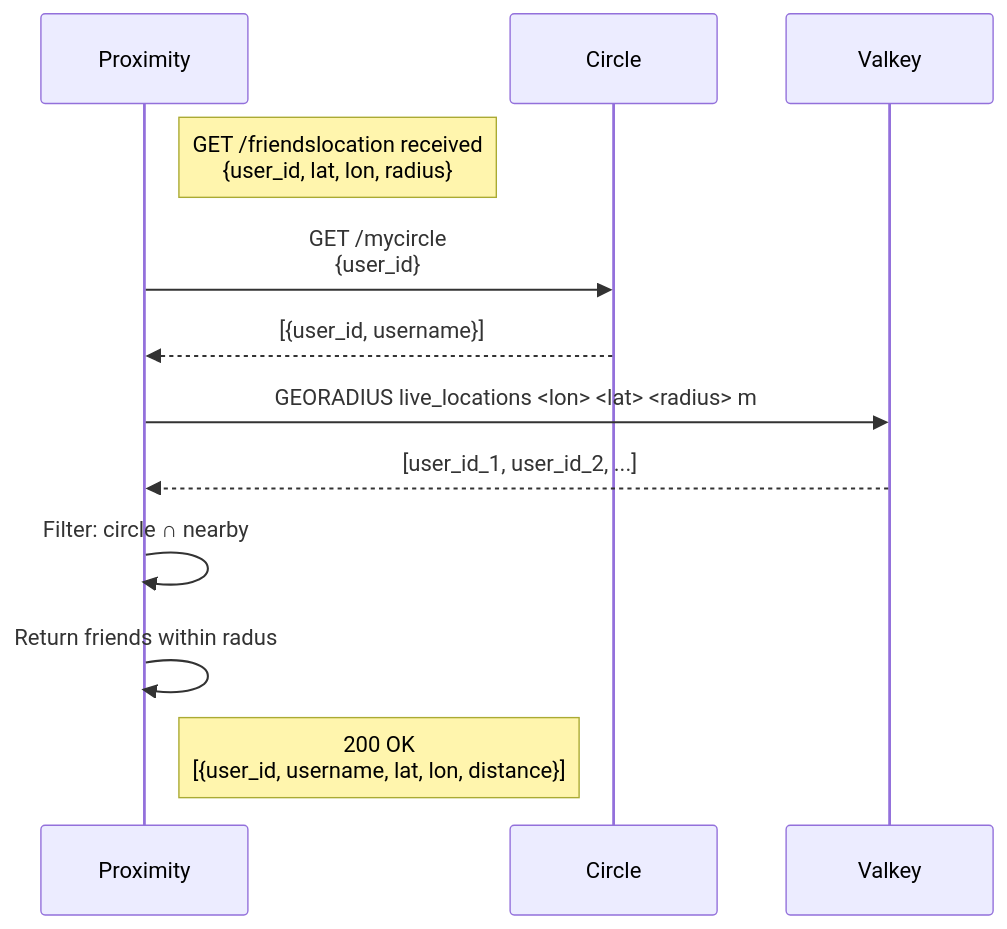
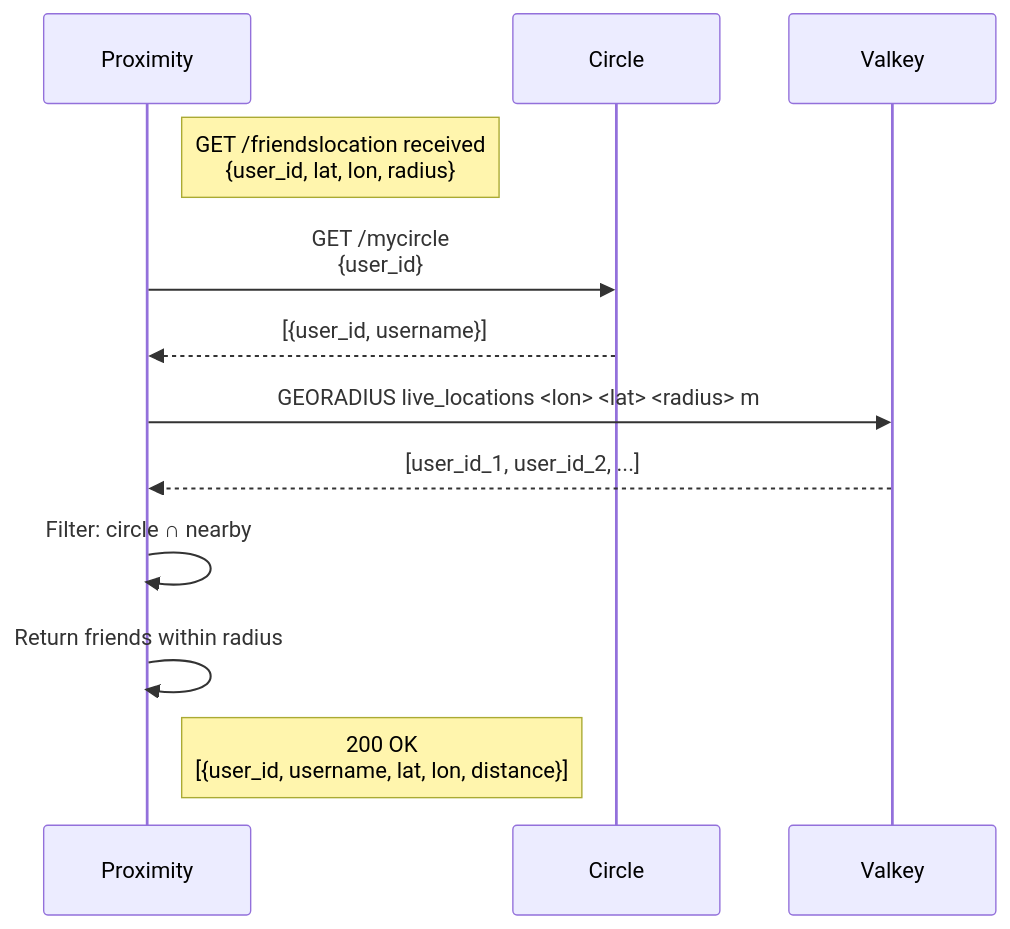
One commit to The-Parliment/cs3305_2026_team_8 changed the seventh of 7 diagrams in report/REPORT.md. Above: the diagram before and after it, drawn with Mermaid. The commit also changed other lines of this file and 3 other files, not shown here.

````diff
--- a/report/REPORT.md
+++ b/report/REPORT.md
@@ -506,20 +508,20 @@
 ```{.mermaid fig-cap="Proximity Service's Friends Radar Service"}
 sequenceDiagram
     participant Proximity
     participant Circle
     participant Valkey
 
     Note right of Proximity: GET /friendslocation received<br/>{user_id, lat, lon, radius}
 
     Proximity->>Circle: GET /mycircle<br/>{user_id}
     Circle-->>Proximity: [{user_id, username}]
 
     Proximity->>Valkey: GEORADIUS live_locations <lon> <lat> <radius> m
     Valkey-->>Proximity: [user_id_1, user_id_2, ...]
 
     Proximity->>Proximity: Filter: circle ∩ nearby
 
-    Proximity->>Proximity: Return friends within radus
+    Proximity->>Proximity: Return friends within radius
 
     Note right of Proximity: 200 OK<br/>[{user_id, username, lat, lon, distance}]
 ```
````
